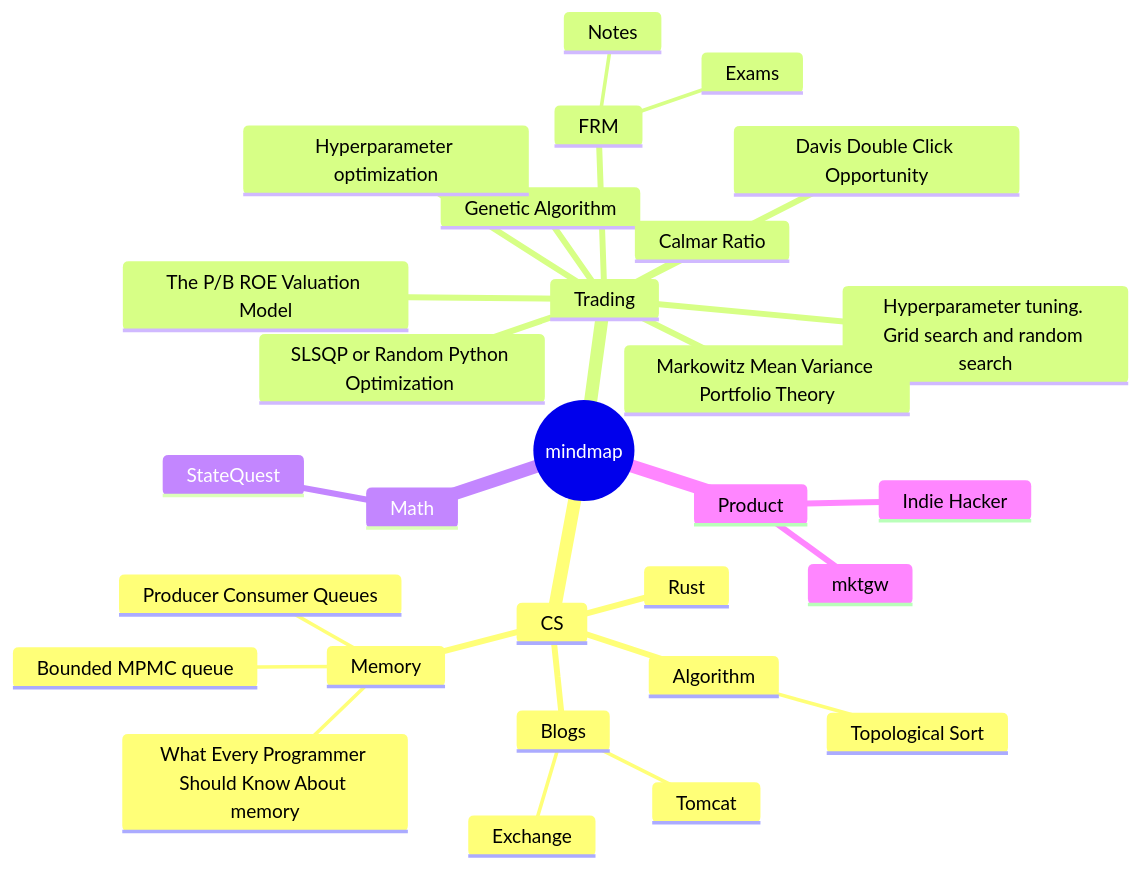
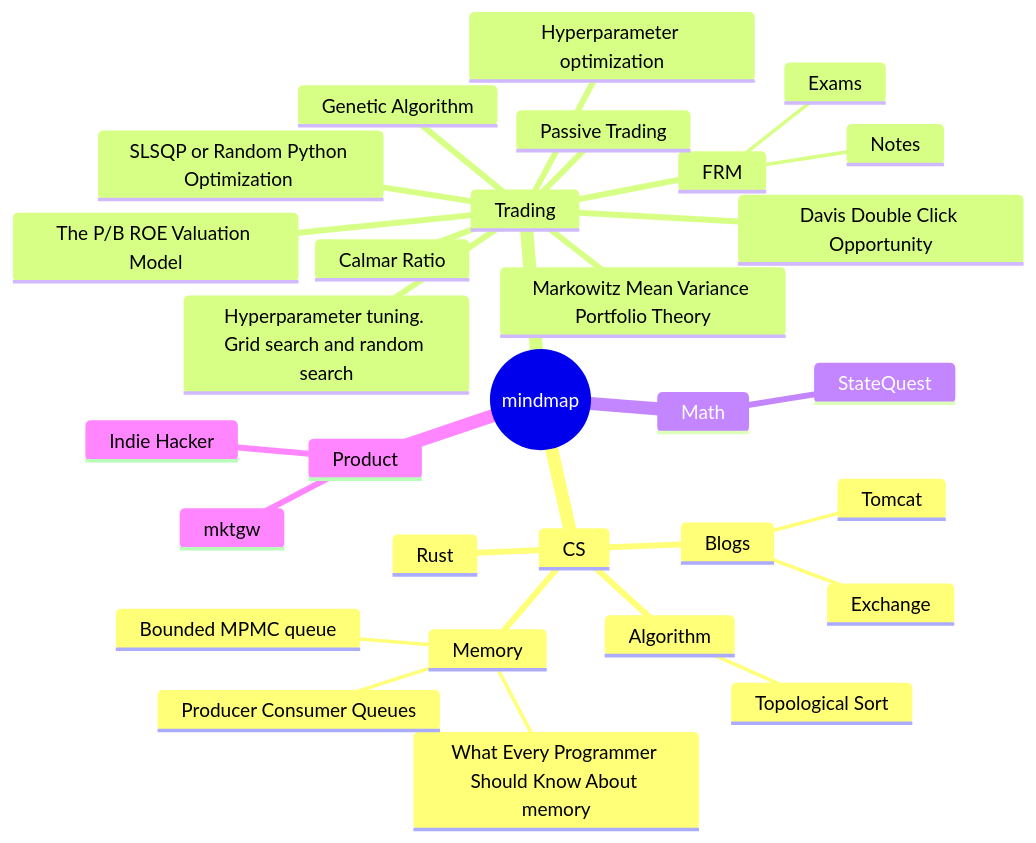
One commit to damonYuan/gitbook changed the diagram in mischievous/230919-2023-workmap.md. Above: the diagram before and after it, drawn with Mermaid. The commit also changed 4 other files, not shown here.

````diff
--- a/mischievous/230919-2023-workmap.md
+++ b/mischievous/230919-2023-workmap.md
@@ -4,32 +4,33 @@
 ```mermaid
 mindmap
   root((mindmap))
     CS
       Rust
       Blogs
         Exchange
         Tomcat
       Memory  
         What Every Programmer Should Know About memory
         Bounded MPMC queue
         Producer Consumer Queues
       Algorithm
         Topological Sort
     Trading
       FRM
         Notes
         Exams
       Genetic Algorithm
       Hyperparameter optimization
       Hyperparameter tuning. Grid search and random search
       The P/B ROE Valuation Model
       Davis Double Click Opportunity
       Calmar Ratio
       SLSQP or Random Python Optimization 
       Markowitz Mean Variance Portfolio Theory
+      Passive Trading
     Math
       StateQuest
     Product
       Indie Hacker
       mktgw
 ```
````
